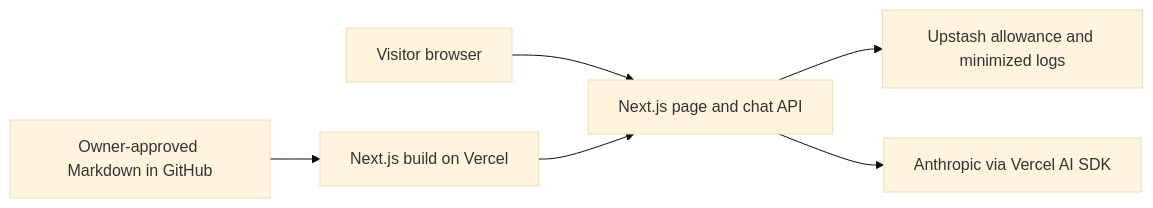
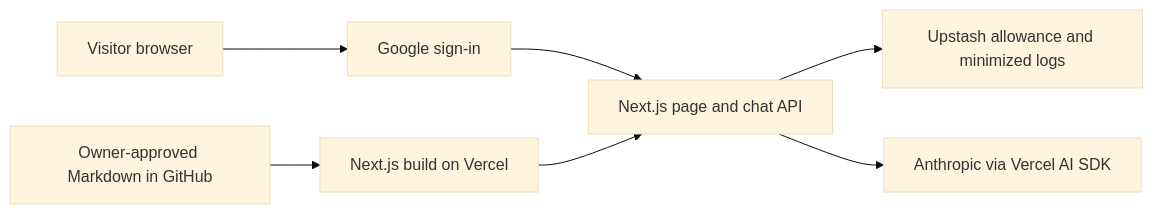
Before and after one commit to anapaulapgavilan/ask-anapaula: the diagram in README.md, drawn with Mermaid (base theme). The commit also changed other lines of this file and 4 other files, not shown here.

````diff
--- a/README.md
+++ b/README.md
@@ -27,8 +33,9 @@
 ```mermaid
 flowchart LR
   Owner[Owner-approved Markdown in GitHub] --> Build[Next.js build on Vercel]
-  Visitor[Visitor browser] --> App[Next.js page and chat API]
+  Visitor[Visitor browser] --> Google[Google sign-in]
+  Google --> App[Next.js page and chat API]
   Build --> App
   App --> Limits[Upstash allowance and minimized logs]
   App --> Claude[Anthropic via Vercel AI SDK]
 ```
````
